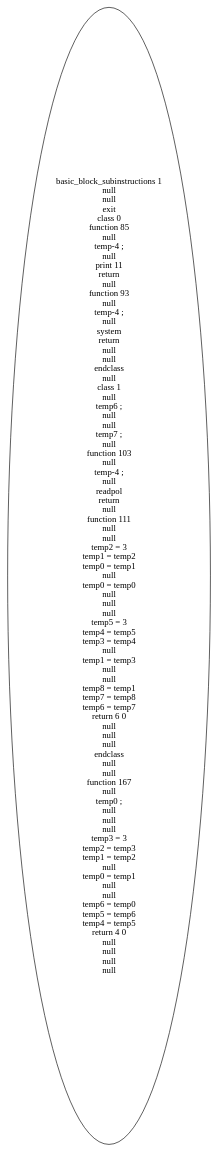
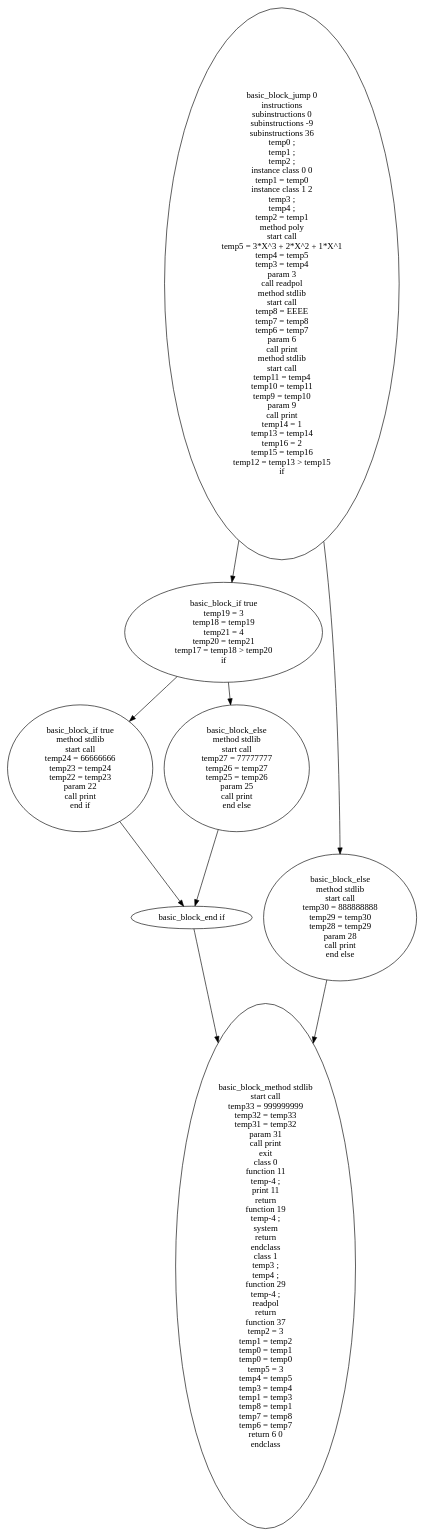
Before and after one commit to forgesecurity/accassias: the diagram in src/cfg.dot, drawn with Graphviz. The commit also changed 74 other files, not shown here.

```diff
--- a/src/cfg.dot
+++ b/src/cfg.dot
@@ -1,6 +1,20 @@
 digraph cfg {
 ordering=out;
-basic_block2 [label="basic_block_subinstructions 1\nnull\nnull\nexit \nclass 0\nfunction 85\nnull\ntemp-4 ; \nnull\nprint 11\nreturn\nnull\nfunction 93\nnull\ntemp-4 ; \nnull\nsystem \nreturn\nnull\nnull\nendclass \nnull\nclass 1\nnull\ntemp6 ; \nnull\nnull\ntemp7 ; \nnull\nfunction 103\nnull\ntemp-4 ; \nnull\nreadpol \nreturn\nnull\nfunction 111\nnull\nnull\ntemp2 = 3\ntemp1 = temp2\ntemp0 = temp1\nnull\ntemp0 = temp0\nnull\nnull\nnull\ntemp5 = 3\ntemp4 = temp5\ntemp3 = temp4\nnull\ntemp1 = temp3\nnull\nnull\ntemp8 = temp1\ntemp7 = temp8\ntemp6 = temp7\nreturn 6 0\nnull\nnull\nnull\nendclass \nnull\nnull\nfunction 167\nnull\ntemp0 ; \nnull\nnull\nnull\ntemp3 = 3\ntemp2 = temp3\ntemp1 = temp2\nnull\ntemp0 = temp1\nnull\nnull\ntemp6 = temp0\ntemp5 = temp6\ntemp4 = temp5\nreturn 4 0\nnull\nnull\nnull\nnull\n"];
+basic_block4 [label="basic_block_if true\nmethod stdlib\nstart call \ntemp24 = 66666666\ntemp23 = temp24\ntemp22 = temp23\nparam 22\ncall print\nend if \n"];
+basic_block5 [label="basic_block_else \nmethod stdlib\nstart call \ntemp27 = 77777777\ntemp26 = temp27\ntemp25 = temp26\nparam 25\ncall print\nend else \n"];
+basic_block6 [label="basic_block_end if \n"];
+basic_block3 [label="basic_block_if true\ntemp19 = 3\ntemp18 = temp19\ntemp21 = 4\ntemp20 = temp21\ntemp17 = temp18 > temp20\nif \n"];
+basic_block7 [label="basic_block_else \nmethod stdlib\nstart call \ntemp30 = 888888888\ntemp29 = temp30\ntemp28 = temp29\nparam 28\ncall print\nend else \n"];
+basic_block8 [label="basic_block_method stdlib\nstart call \ntemp33 = 999999999\ntemp32 = temp33\ntemp31 = temp32\nparam 31\ncall print\nexit \nclass 0\nfunction 11\ntemp-4 ; \nprint 11\nreturn\nfunction 19\ntemp-4 ; \nsystem \nreturn\nendclass \nclass 1\ntemp3 ; \ntemp4 ; \nfunction 29\ntemp-4 ; \nreadpol \nreturn\nfunction 37\ntemp2 = 3\ntemp1 = temp2\ntemp0 = temp1\ntemp0 = temp0\ntemp5 = 3\ntemp4 = temp5\ntemp3 = temp4\ntemp1 = temp3\ntemp8 = temp1\ntemp7 = temp8\ntemp6 = temp7\nreturn 6 0\nendclass \n"];
+basic_block2 [label="basic_block_jump 0\ninstructions \nsubinstructions 0\nsubinstructions -9\nsubinstructions 36\ntemp0 ; \ntemp1 ; \ntemp2 ; \ninstance class 0 0\ntemp1 = temp0\ninstance class 1 2\ntemp3 ; \ntemp4 ; \ntemp2 = temp1\nmethod poly\nstart call \ntemp5 = 3*X^3 + 2*X^2 + 1*X^1\ntemp4 = temp5\ntemp3 = temp4\nparam 3\ncall readpol\nmethod stdlib\nstart call \ntemp8 = EEEE\ntemp7 = temp8\ntemp6 = temp7\nparam 6\ncall print\nmethod stdlib\nstart call \ntemp11 = temp4\ntemp10 = temp11\ntemp9 = temp10\nparam 9\ncall print\ntemp14 = 1\ntemp13 = temp14\ntemp16 = 2\ntemp15 = temp16\ntemp12 = temp13 > temp15\nif \n"];
+basic_block2->basic_block3;
+basic_block3->basic_block4;
+basic_block4->basic_block6;
+basic_block6->basic_block8;
+basic_block3->basic_block5;
+basic_block5->basic_block6;
+basic_block2->basic_block7;
+basic_block7->basic_block8;
 
 
 }
```
